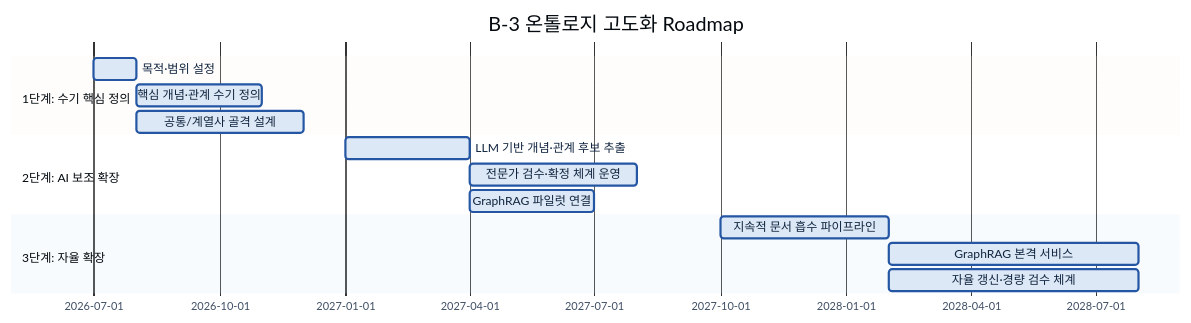
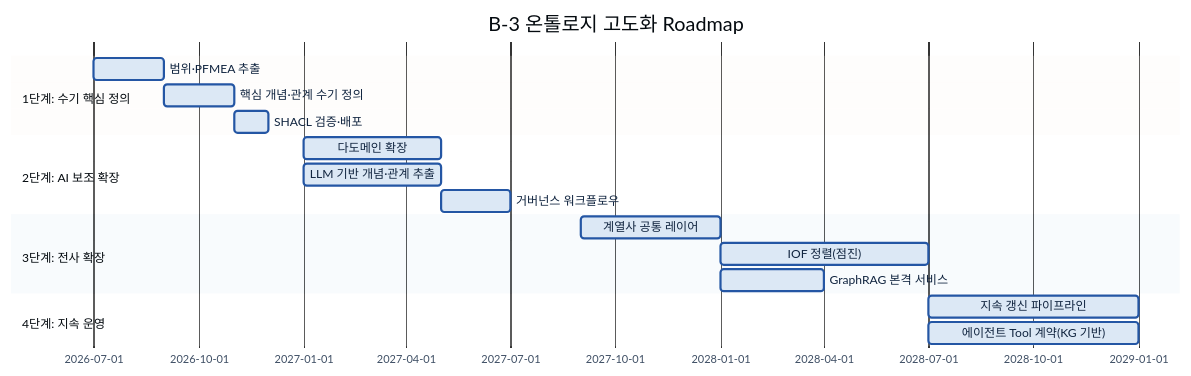
One commit to jin-kearney/ai-ready-data-manual changed diagram 11 of 11 in 가이드 작성/B-3 온톨로지/B-3 온톨로지.md. Above: the diagram before and after it, drawn with Mermaid. The commit also changed other lines of this file and 2 other files, not shown here.

First line of the commit message:
docs(B-3): 온톨로지 한국어 가이드 v0.3 — 영문 파이프라인(guide.en.md) 흡수 버전업

````diff
--- a/가이드 작성/B-3 온톨로지/B-3 온톨로지.md
+++ b/가이드 작성/B-3 온톨로지/B-3 온톨로지.md
@@ -812,18 +985,21 @@
 ```mermaid
 %%{init: {'theme':'base','themeVariables':{'primaryColor':'#DCE8F5','primaryBorderColor':'#2456A4','primaryTextColor':'#10243f','lineColor':'#2456A4','fontSize':'13px'}}}%%
 gantt
     title B-3 온톨로지 고도화 Roadmap
     dateFormat YYYY-MM
     section 1단계: 수기 핵심 정의
-    목적·범위 설정              :a1, 2026-07, 1M
-    핵심 개념·관계 수기 정의    :a2, after a1, 3M
-    공통/계열사 골격 설계       :a3, after a1, 4M
+    범위·PFMEA 추출            :a1, 2026-07, 2M
+    핵심 개념·관계 수기 정의    :a2, after a1, 2M
+    SHACL 검증·배포            :a3, after a2, 1M
     section 2단계: AI 보조 확장
-    LLM 기반 개념·관계 후보 추출 :b1, 2027-01, 3M
-    전문가 검수·확정 체계 운영   :b2, after b1, 4M
-    GraphRAG 파일럿 연결        :b3, after b1, 3M
-    section 3단계: 자율 확장
-    지속적 문서 흡수 파이프라인  :c1, 2027-10, 4M
-    GraphRAG 본격 서비스        :c2, after c1, 6M
-    자율 갱신·경량 검수 체계     :c3, after c1, 6M
+    다도메인 확장              :b1, 2027-01, 4M
+    LLM 기반 개념·관계 추출     :b2, 2027-01, 4M
+    거버넌스 워크플로우         :b3, after b1, 2M
+    section 3단계: 전사 확장
+    계열사 공통 레이어          :c1, 2027-09, 4M
+    IOF 정렬(점진)             :c2, 2028-01, 6M
+    GraphRAG 본격 서비스        :c3, 2028-01, 3M
+    section 4단계: 지속 운영
+    지속 갱신 파이프라인        :d1, 2028-07, 6M
+    에이전트 Tool 계약(KG 기반)  :d2, 2028-07, 6M
 ```
````
